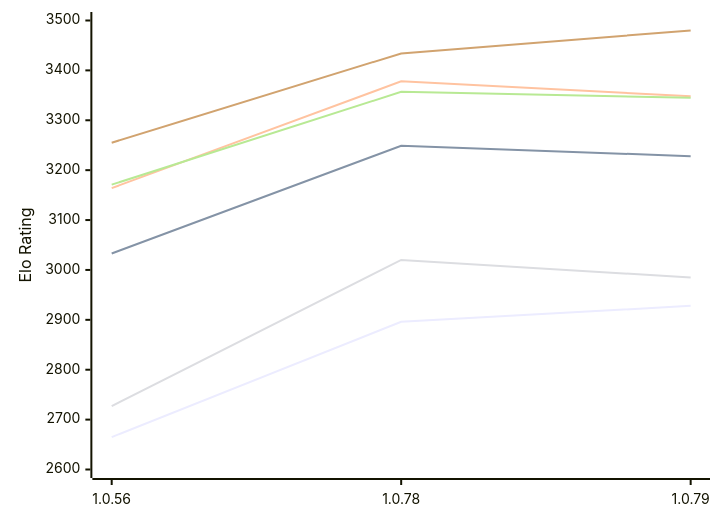
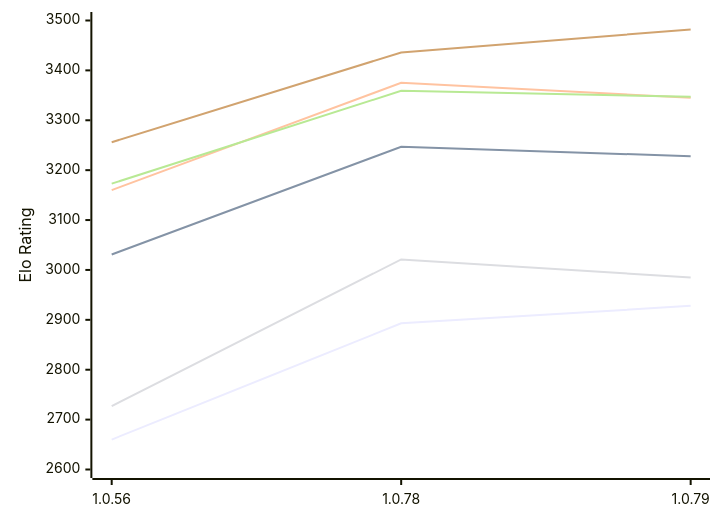
One commit to computer-chess-index/cci changed the first of 2 diagrams in engines/RustyRival.md. Above: the diagram before and after it, drawn with Mermaid. The commit also changed other lines of this file, not shown here.

Commit message:
Update CCI Ratings (ELO VLTC) - 2026-11-09

````diff
--- a/engines/RustyRival.md
+++ b/engines/RustyRival.md
@@ -65,12 +65,12 @@
 ```mermaid
 %%{init: {"theme":"base","themeVariables":{"seriesColors:['#a3a3a3','#222221','#faa371']}}}%%
 xychart-beta
   x-axis ["1.0.56", "1.0.78", "1.0.79"]
   y-axis "Elo Rating" 2600 --> 3500
-  line "E1: STC (8.0+0.08s)" [2665, 2896, 2928]
-  line "E1: LTC (60.0+0.60s)" [3033, 3249, 3228]
-  line "E1: VLTC (2m24s+1.12s)" [3164, 3378, 3348]
-  line "P1: STC (8.0+0.08s)" [2727, 3020, 2985]
-  line "P1: LTC (60.0+0.60s)" [3171, 3357, 3345]
-  line "P1: VLTC (2m24s+1.12s)" [3255, 3434, 3480]
+  line "E1: STC (8.0+0.08s)" [2660, 2893, 2928]
+  line "E1: LTC (60.0+0.60s)" [3031, 3247, 3228]
+  line "E1: VLTC (2m24s+1.12s)" [3160, 3375, 3345]
+  line "P1: STC (8.0+0.08s)" [2727, 3021, 2985]
+  line "P1: LTC (60.0+0.60s)" [3173, 3359, 3347]
+  line "P1: VLTC (2m24s+1.12s)" [3256, 3436, 3482]
 ```
````
